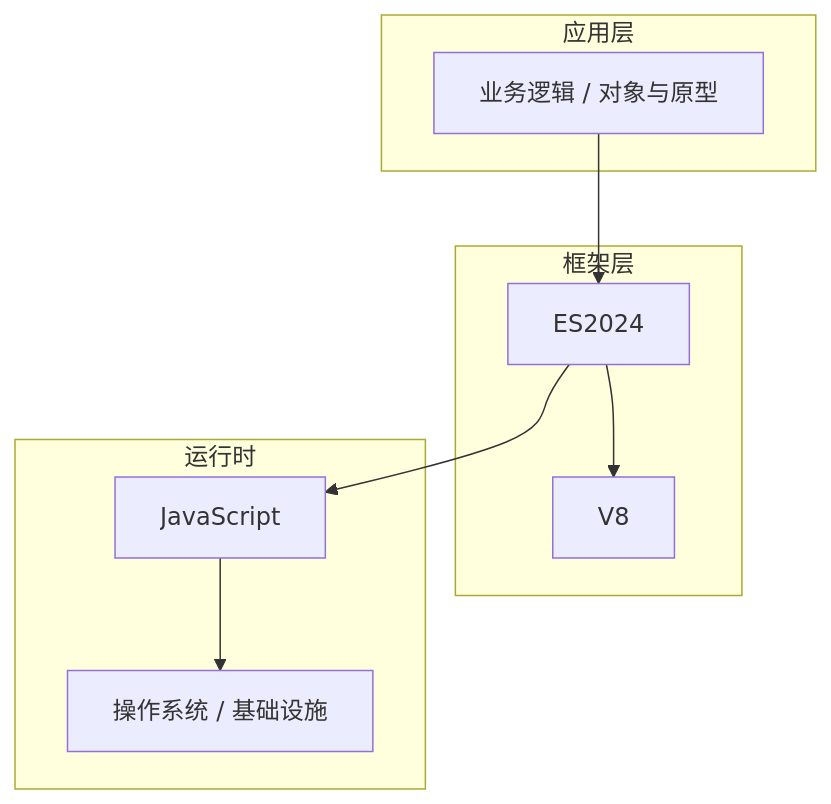
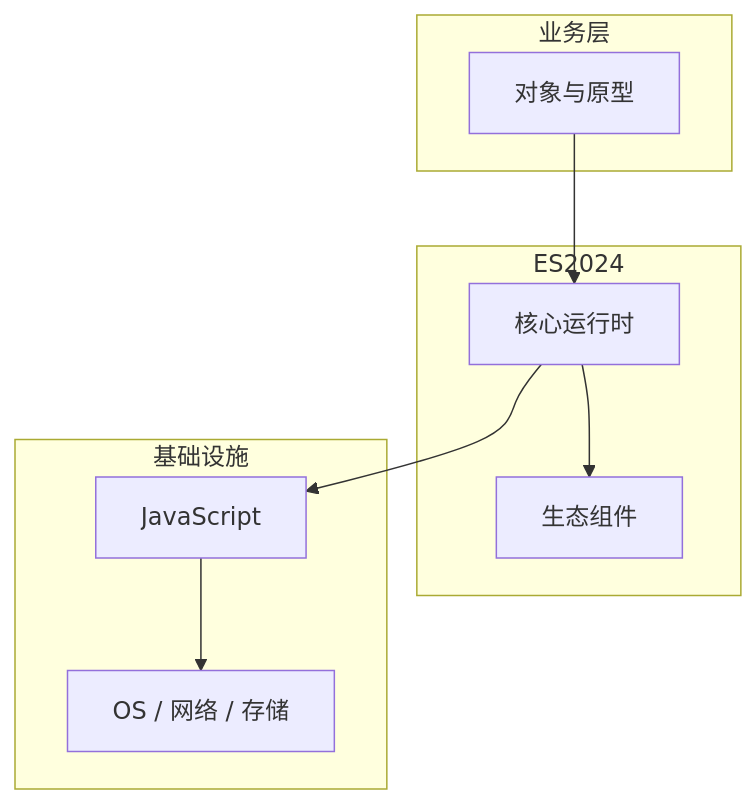
Before and after one commit to yanggan2015/knowledge-json-v2: the diagram in articles/JavaScript核心/chapters/061-对象与原型核心概念与原理.md, drawn with Mermaid. The commit also changed other lines of this file and 10127 other files, not shown here.

````diff
--- a/articles/JavaScript核心/chapters/061-对象与原型核心概念与原理.md
+++ b/articles/JavaScript核心/chapters/061-对象与原型核心概念与原理.md
@@ -45,18 +34,18 @@
 ```mermaid
 graph TB
-    subgraph 应用层
-        A[业务逻辑 / 对象与原型]
+    subgraph 业务层
+        A[对象与原型]
     end
-    subgraph 框架层
-        B[ES2024]
-        C[V8]
+    subgraph ES2024
+        B[核心运行时]
+        C[生态组件]
     end
-    subgraph 运行时
+    subgraph 基础设施
         D[JavaScript]
-        E[操作系统 / 基础设施]
+        E[OS / 网络 / 存储]
     end
     A --> B
     B --> C
     B --> D
     D --> E
 ```
````
